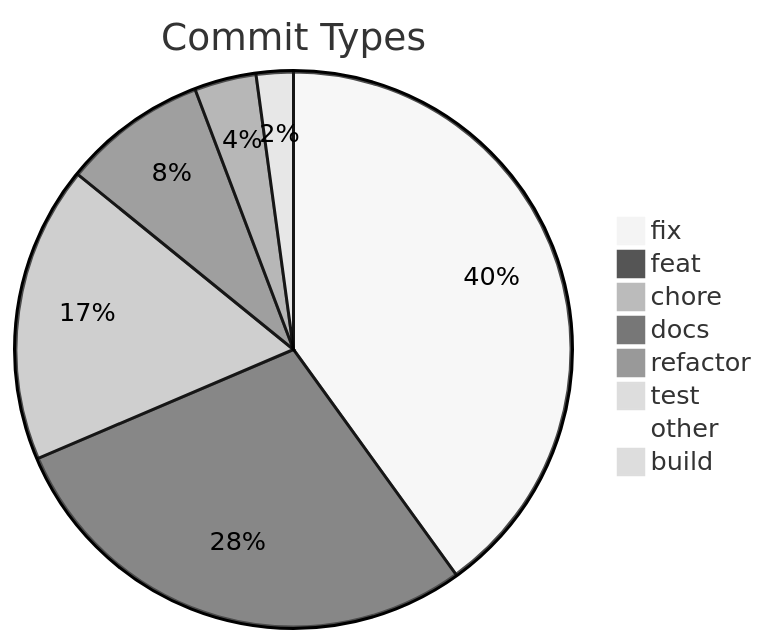
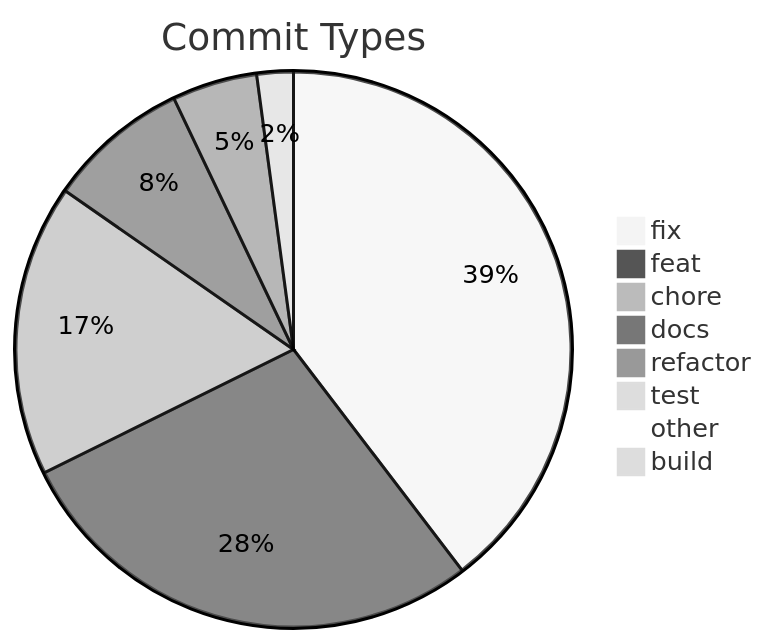
Before and after one commit to svenroth-ai/shipwright-webui: the diagram in .shipwright/compliance/change-history.md, drawn with Mermaid (neutral theme). The commit also changed other lines of this file and 12 other files, not shown here.

````diff
--- a/.shipwright/compliance/change-history.md
+++ b/.shipwright/compliance/change-history.md
@@ -8,11 +8,11 @@
 ```mermaid
 pie title Commit Types
-    "fix" : 167
+    "fix" : 168
     "feat" : 119
     "chore" : 72
     "docs" : 35
-    "refactor" : 15
+    "refactor" : 21
     "test" : 9
     "other" : 4
     "build" : 1
 ```
````
